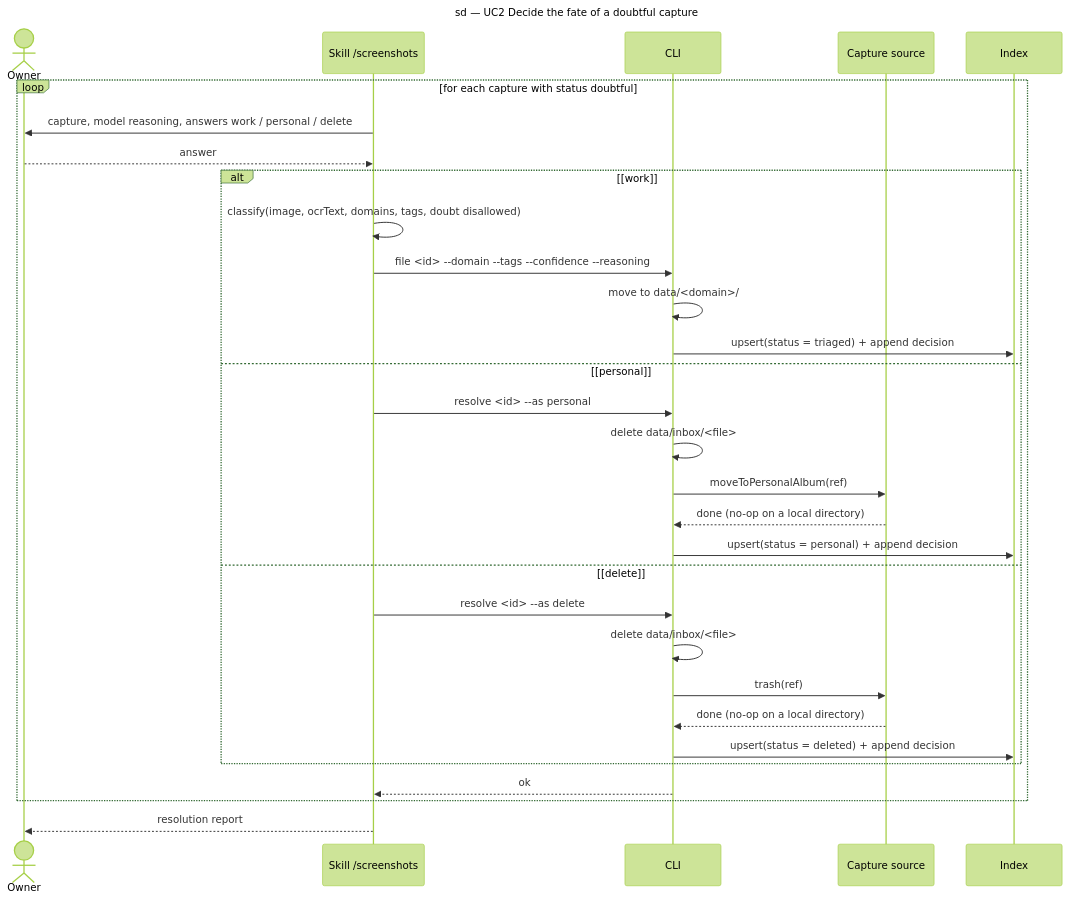
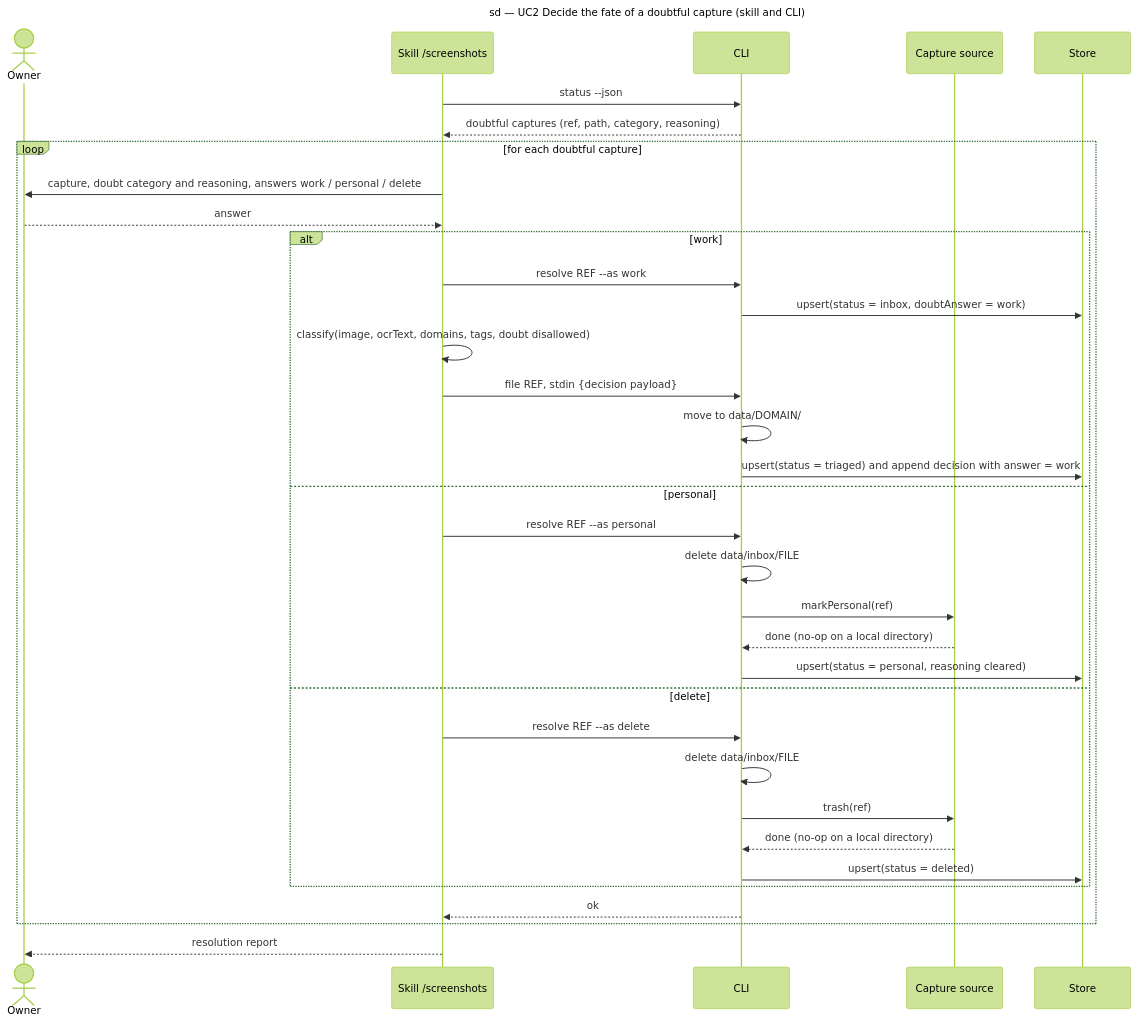
Before and after one commit to benoit-bremaud/screenshot-triage: the diagram in docs/architecture/diagrams/triage/02-sequence-resolve-doubt.md, drawn with Mermaid (forest theme). The commit also changed other lines of this file and 14 other files, not shown here.

First line of the commit message:
docs(triage/architecture): fix the review findings on the triage study

````diff
--- a/docs/architecture/diagrams/triage/02-sequence-resolve-doubt.md
+++ b/docs/architecture/diagrams/triage/02-sequence-resolve-doubt.md
@@ -13,33 +14,37 @@
 ```mermaid
 sequenceDiagram
-  title sd — UC2 Decide the fate of a doubtful capture
+  title sd — UC2 Decide the fate of a doubtful capture (skill and CLI)
   actor Owner
   participant Skill as Skill /screenshots
   participant CLI as CLI
   participant Source as Capture source
-  participant Index as Index
-  loop for each capture with status doubtful
-    Skill->>Owner: capture, model reasoning, answers work / personal / delete
+  participant Store as Store
+  Skill->>CLI: status --json
+  CLI-->>Skill: doubtful captures (ref, path, category, reasoning)
+  loop for each doubtful capture
+    Skill->>Owner: capture, doubt category and reasoning, answers work / personal / delete
     Owner-->>Skill: answer
-    alt [work]
+    alt work
+      Skill->>CLI: resolve REF --as work
+      CLI->>Store: upsert(status = inbox, doubtAnswer = work)
       Skill->>Skill: classify(image, ocrText, domains, tags, doubt disallowed)
-      Skill->>CLI: file <id> --domain --tags --confidence --reasoning
-      CLI->>CLI: move to data/<domain>/
-      CLI->>Index: upsert(status = triaged) + append decision
-    else [personal]
-      Skill->>CLI: resolve <id> --as personal
-      CLI->>CLI: delete data/inbox/<file>
-      CLI->>Source: moveToPersonalAlbum(ref)
+      Skill->>CLI: file REF, stdin {decision payload}
+      CLI->>CLI: move to data/DOMAIN/
+      CLI->>Store: upsert(status = triaged) and append decision with answer = work
+    else personal
+      Skill->>CLI: resolve REF --as personal
+      CLI->>CLI: delete data/inbox/FILE
+      CLI->>Source: markPersonal(ref)
       Source-->>CLI: done (no-op on a local directory)
-      CLI->>Index: upsert(status = personal) + append decision
-    else [delete]
-      Skill->>CLI: resolve <id> --as delete
-      CLI->>CLI: delete data/inbox/<file>
+      CLI->>Store: upsert(status = personal, reasoning cleared)
+    else delete
+      Skill->>CLI: resolve REF --as delete
+      CLI->>CLI: delete data/inbox/FILE
       CLI->>Source: trash(ref)
       Source-->>CLI: done (no-op on a local directory)
-      CLI->>Index: upsert(status = deleted) + append decision
+      CLI->>Store: upsert(status = deleted)
     end
     CLI-->>Skill: ok
   end
   Skill-->>Owner: resolution report
 ```
````
